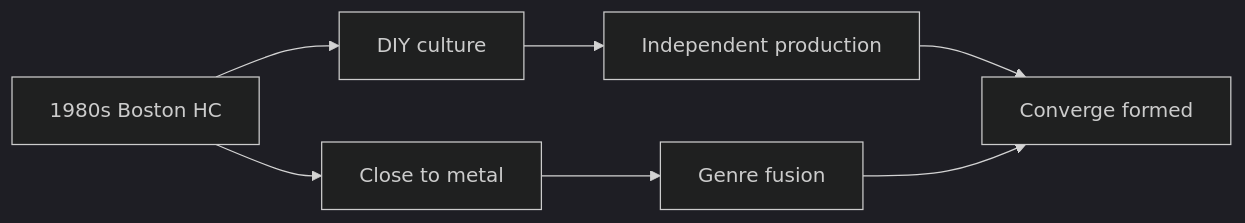
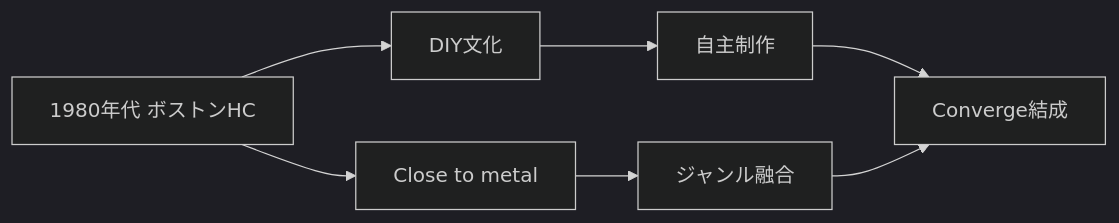
Before and after one commit to monumental-movement/monumental-movement.github.io: the first of 5 diagrams in en/_posts/2026-07-18-column-converge.md, drawn with Mermaid (dark theme). The commit also changed other lines of this file and 2196 other files, not shown here.

```diff
--- a/en/_posts/2026-07-18-column-converge.md
+++ b/en/_posts/2026-07-18-column-converge.md
@@ -91,10 +91,10 @@
 <div class="mermaid">
 graph LR
 
-A["1980s Boston HC"] --> B["DIY culture"]
+A["1980年代 ボストンHC"] --> B["DIY文化"]
 A --> C["Close to metal"]
-B --> D["Independent production"]
-C --> E["Genre fusion"]
-D --> F["Converge formed"]
+B --> D["自主制作"]
+C --> E["ジャンル融合"]
+D --> F["Converge結成"]
 E --> F
 </div>
```
